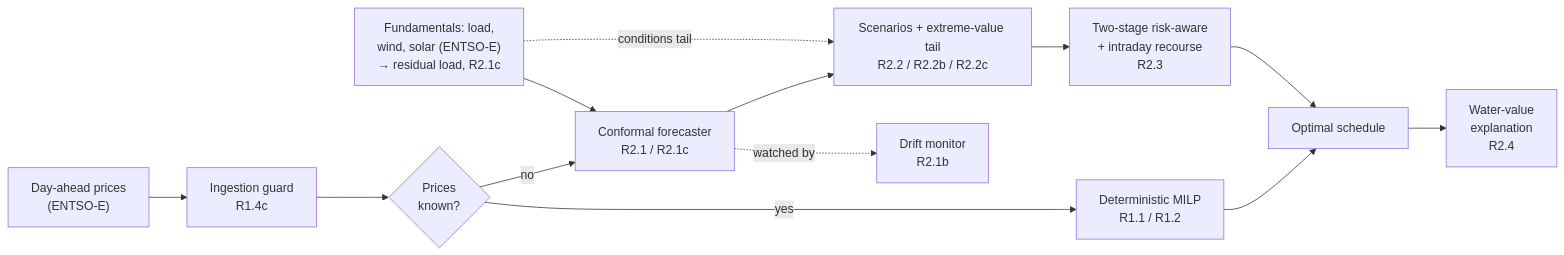
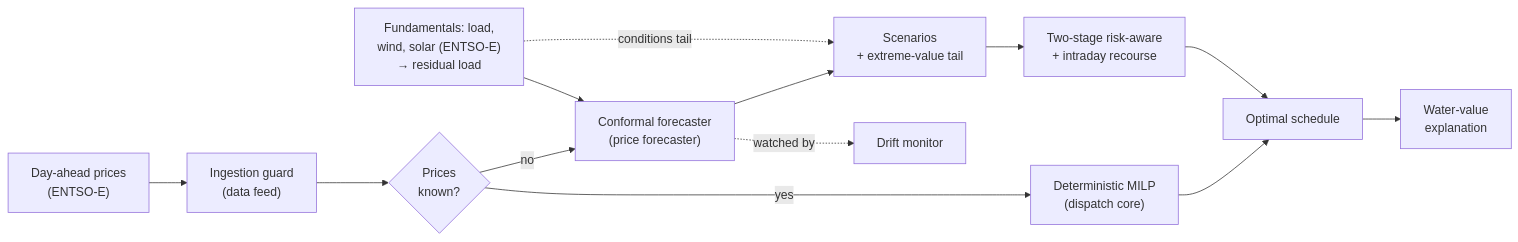
The diagram in README.md (MoFirouzT/bess-dispatch-optimizer), drawn with Mermaid before and after one commit. The commit also changed other lines of this file and 98 other files, not shown here.

````diff
--- a/README.md
+++ b/README.md
@@ -143,15 +143,15 @@
 ```mermaid
 flowchart LR
-    P["Day-ahead prices<br/>(ENTSO-E)"] --> G["Ingestion guard<br/>R1.4c"]
-    F["Fundamentals: load,<br/>wind, solar (ENTSO-E)<br/>→ residual load, R2.1c"] --> FC
+    P["Day-ahead prices<br/>(ENTSO-E)"] --> G["Ingestion guard<br/>(data feed)"]
+    F["Fundamentals: load,<br/>wind, solar (ENTSO-E)<br/>→ residual load"] --> FC
     G --> D{"Prices<br/>known?"}
-    D -->|yes| OPT["Deterministic MILP<br/>R1.1 / R1.2"]
-    D -->|no| FC["Conformal forecaster<br/>R2.1 / R2.1c"]
-    FC -.watched by.-> DM["Drift monitor<br/>R2.1b"]
-    FC --> SC["Scenarios + extreme-value tail<br/>R2.2 / R2.2b / R2.2c"]
+    D -->|yes| OPT["Deterministic MILP<br/>(dispatch core)"]
+    D -->|no| FC["Conformal forecaster<br/>(price forecaster)"]
+    FC -.watched by.-> DM["Drift monitor"]
+    FC --> SC["Scenarios<br/>+ extreme-value tail"]
     F -.conditions tail.-> SC
-    SC --> ST["Two-stage risk-aware<br/>+ intraday recourse<br/>R2.3"]
+    SC --> ST["Two-stage risk-aware<br/>+ intraday recourse"]
     OPT --> SCH["Optimal schedule"]
     ST --> SCH
-    SCH --> EX["Water-value<br/>explanation<br/>R2.4"]
+    SCH --> EX["Water-value<br/>explanation"]
 ```
````
